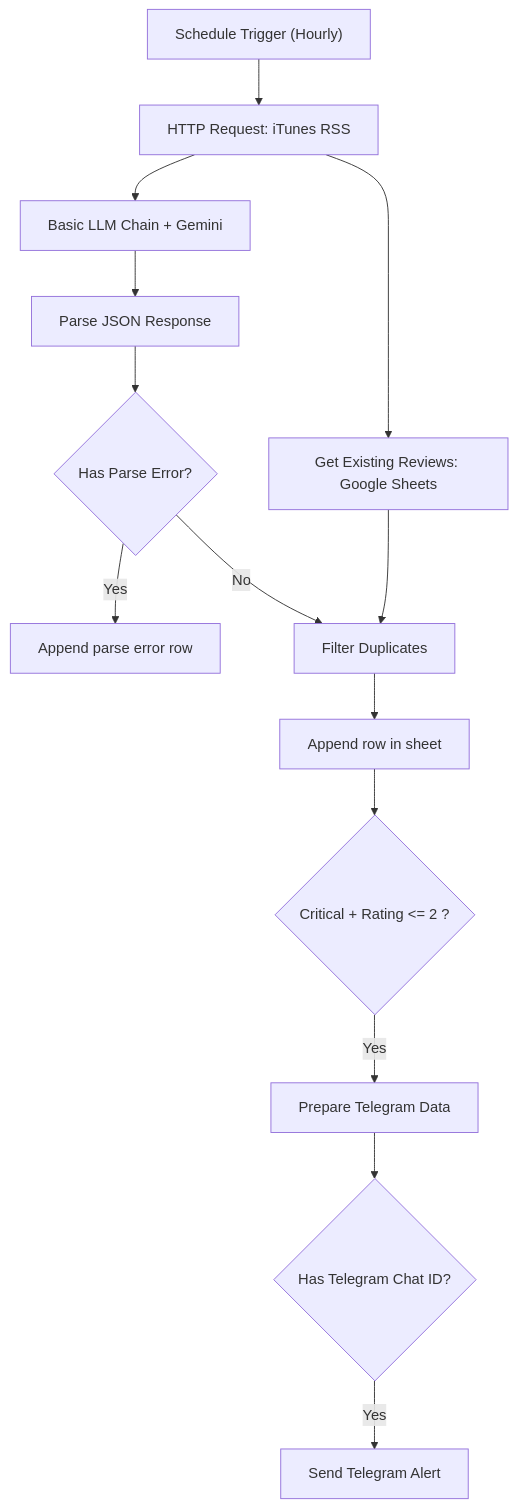
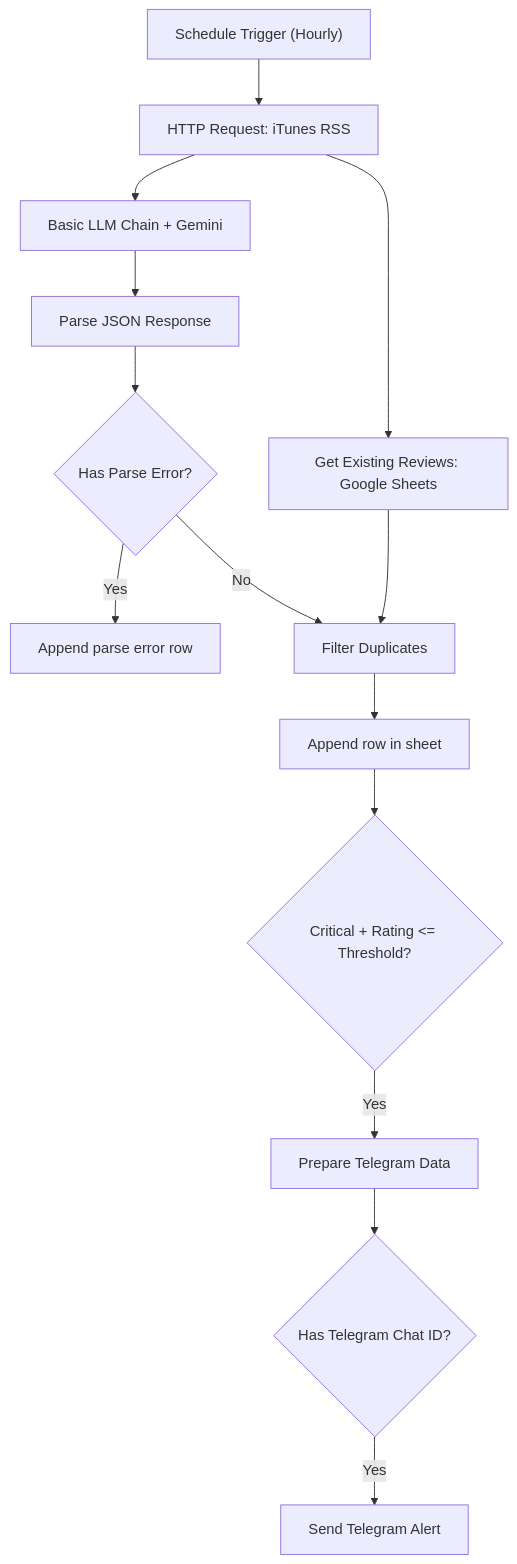
Before and after one commit to jeonsavvy/VoC-Radar: the diagram in README.md, drawn with Mermaid. The commit also changed other lines of this file and 1 other file, not shown here.

Commit message:
docs: refine README and make alert rating configurable

````diff
--- a/README.md
+++ b/README.md
@@ -11,16 +12,16 @@
 ```mermaid
 graph TD
     A["Schedule Trigger (Hourly)"] --> B["HTTP Request: iTunes RSS"]
     B --> C["Get Existing Reviews: Google Sheets"]
     B --> D["Basic LLM Chain + Gemini"]
     D --> E["Parse JSON Response"]
     E --> F{"Has Parse Error?"}
     F -->|"Yes"| G["Append parse error row"]
     F -->|"No"| H["Filter Duplicates"]
     C --> H
     H --> I["Append row in sheet"]
-    I --> J{"Critical + Rating <= 2 ?"}
+    I --> J{"Critical + Rating <= Threshold?"}
     J -->|"Yes"| K["Prepare Telegram Data"]
     K --> M{"Has Telegram Chat ID?"}
     M -->|"Yes"| L["Send Telegram Alert"]
 ```
````
